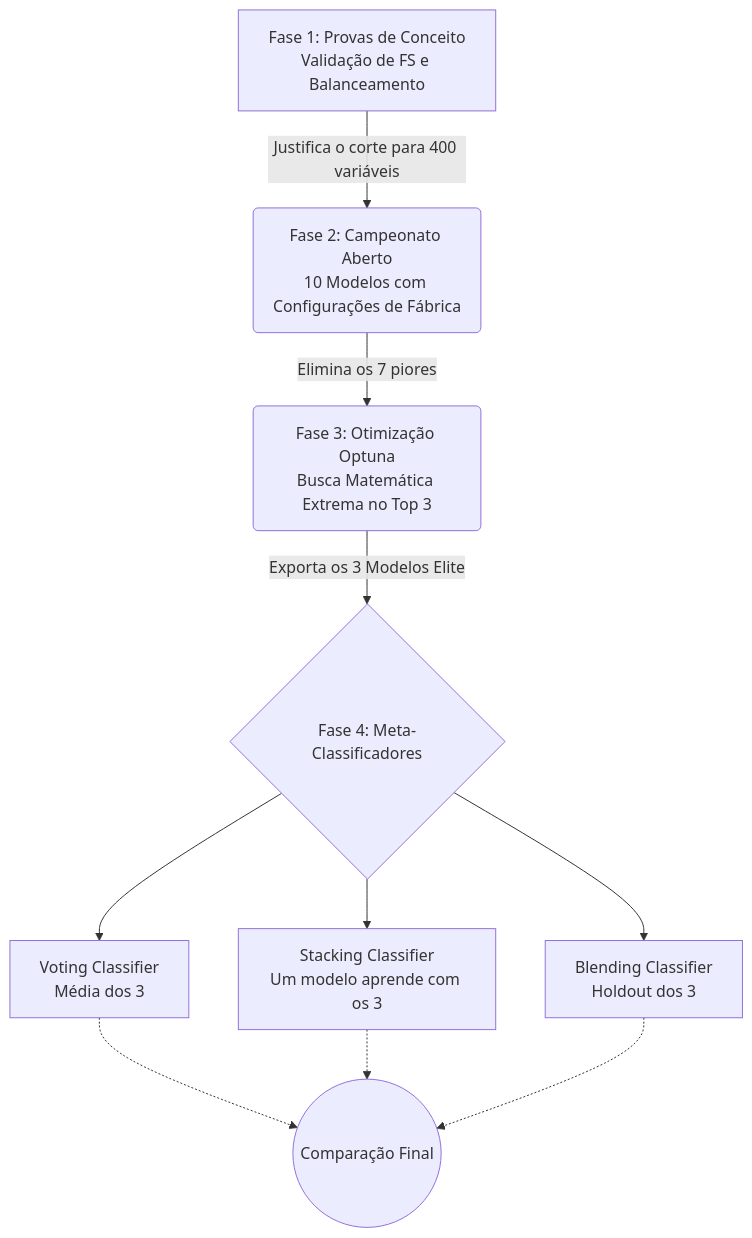
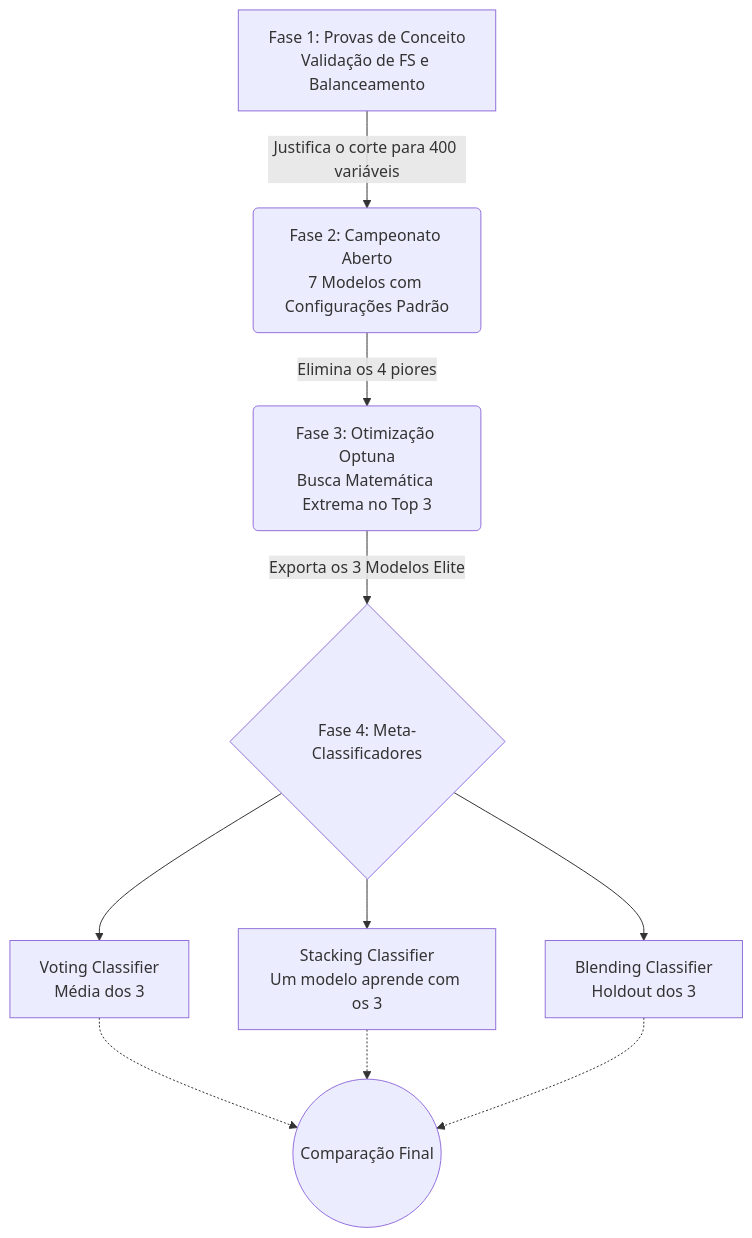
One commit to josielqrozjr/dataset-creditDefaultPrediction changed the diagram in src/README.md. Above: the diagram before and after it, drawn with Mermaid.

Commit message:
fix: update Phase 2 description to reflect elimination of 4 worst models in benchmarking flow

````diff
--- a/src/README.md
+++ b/src/README.md
@@ -93,12 +93,12 @@
 ```mermaid
 graph TD
-    A[Fase 1: Provas de Conceito<br/>Validação de FS e Balanceamento] -->|Justifica o corte para 400 variáveis| B(Fase 2: Campeonato Aberto<br/>10 Modelos com Configurações de Fábrica)
-    B -->|Elimina os 7 piores| C(Fase 3: Otimização Optuna<br/>Busca Matemática Extrema no Top 3)
+    A[Fase 1: Provas de Conceito<br/>Validação de FS e Balanceamento] -->|Justifica o corte para 400 variáveis| B(Fase 2: Campeonato Aberto<br/>7 Modelos com Configurações Padrão)
+    B -->|Elimina os 4 piores| C(Fase 3: Otimização Optuna<br/>Busca Matemática Extrema no Top 3)
     C -->|Exporta os 3 Modelos Elite| D{Fase 4: Meta-Classificadores}
     D --> E[Voting Classifier<br/>Média dos 3]
     D --> F[Stacking Classifier<br/>Um modelo aprende com os 3]
     D --> G[Blending Classifier<br/>Holdout dos 3]
     E -.-> H((Comparação Final))
     F -.-> H((Comparação Final))
     G -.-> H((Comparação Final))
 ```
````
